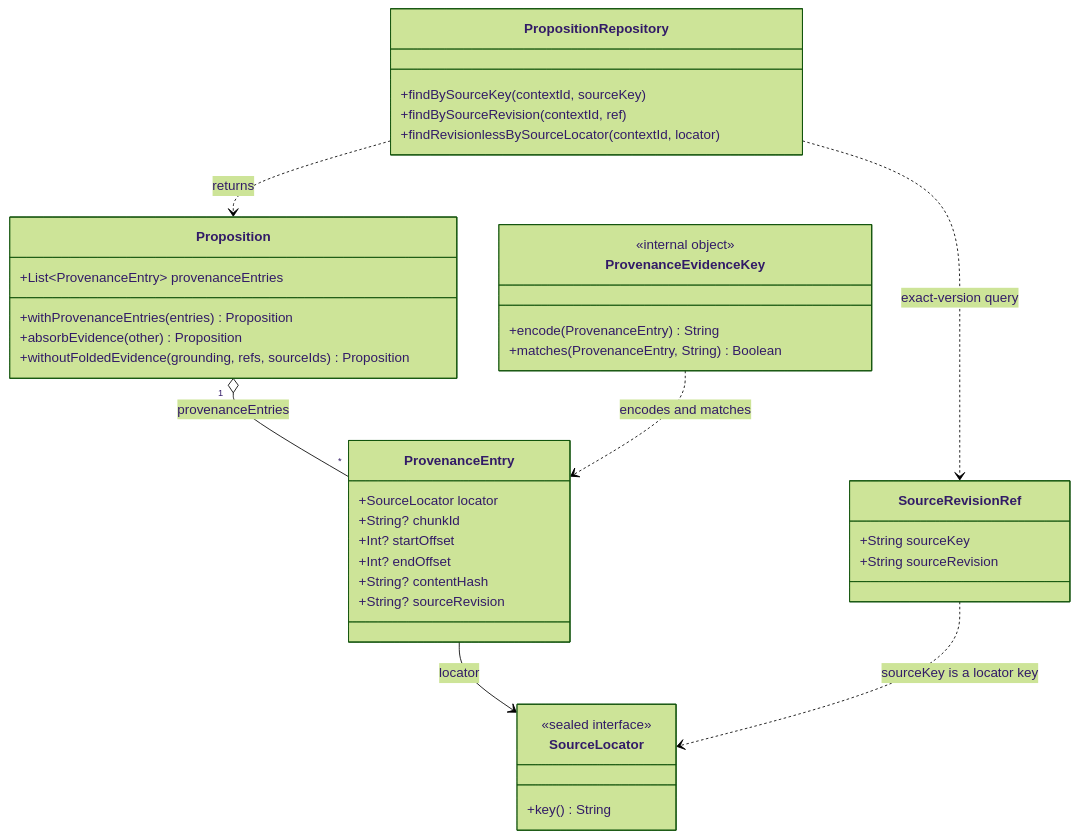
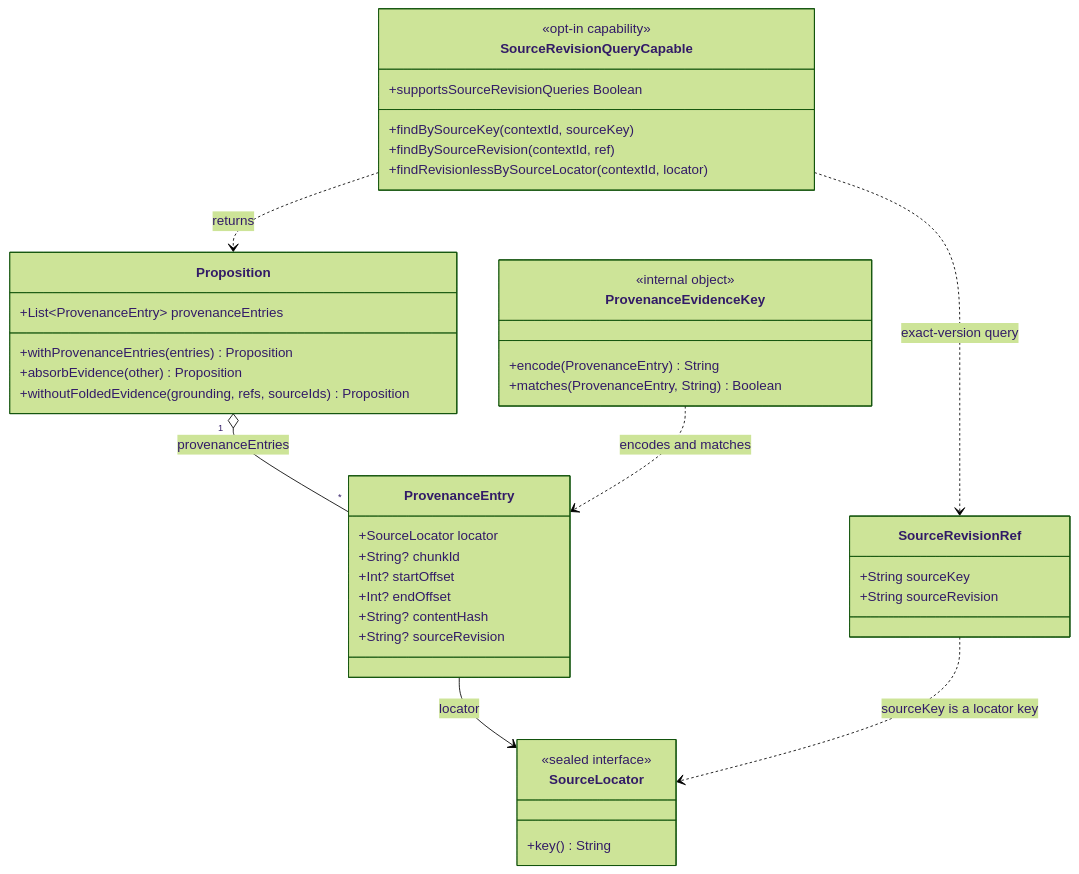
One commit to embabel/dice changed the first of 2 diagrams in docs/design/source-revisions.md. Above: the diagram before and after it, drawn with Mermaid (forest theme). The commit also changed other lines of this file and 14 other files, not shown here.

First line of the commit message:
Move revision queries to a capability and bound source identity

````diff
--- a/docs/design/source-revisions.md
+++ b/docs/design/source-revisions.md
@@ -80,42 +80,44 @@
 ```mermaid
 classDiagram
     class Proposition {
         +List~ProvenanceEntry~ provenanceEntries
         +withProvenanceEntries(entries) Proposition
         +absorbEvidence(other) Proposition
         +withoutFoldedEvidence(grounding, refs, sourceIds) Proposition
     }
     class ProvenanceEntry {
         +SourceLocator locator
         +String? chunkId
         +Int? startOffset
         +Int? endOffset
         +String? contentHash
         +String? sourceRevision
     }
     class SourceLocator {
         <<sealed interface>>
         +key() String
     }
     class SourceRevisionRef {
         +String sourceKey
         +String sourceRevision
     }
     class ProvenanceEvidenceKey {
         <<internal object>>
         +encode(ProvenanceEntry) String
         +matches(ProvenanceEntry, String) Boolean
     }
-    class PropositionRepository {
+    class SourceRevisionQueryCapable {
+        <<opt-in capability>>
+        +supportsSourceRevisionQueries Boolean
         +findBySourceKey(contextId, sourceKey)
         +findBySourceRevision(contextId, ref)
         +findRevisionlessBySourceLocator(contextId, locator)
     }
 
     Proposition "1" o-- "*" ProvenanceEntry : provenanceEntries
     ProvenanceEntry --> SourceLocator : locator
     SourceRevisionRef ..> SourceLocator : sourceKey is a locator key
     ProvenanceEvidenceKey ..> ProvenanceEntry : encodes and matches
-    PropositionRepository ..> SourceRevisionRef : exact-version query
-    PropositionRepository ..> Proposition : returns
+    SourceRevisionQueryCapable ..> SourceRevisionRef : exact-version query
+    SourceRevisionQueryCapable ..> Proposition : returns
 ```
````
